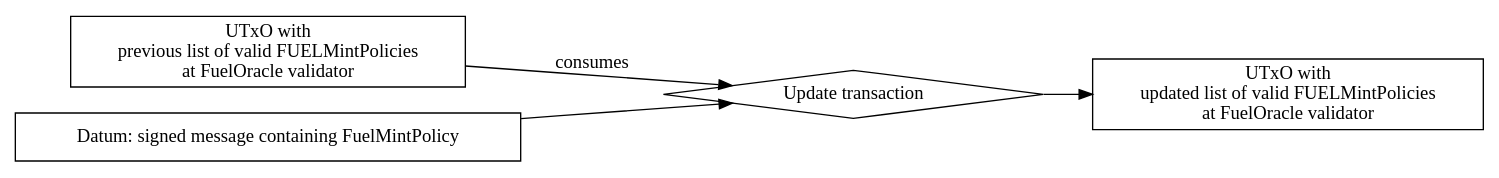
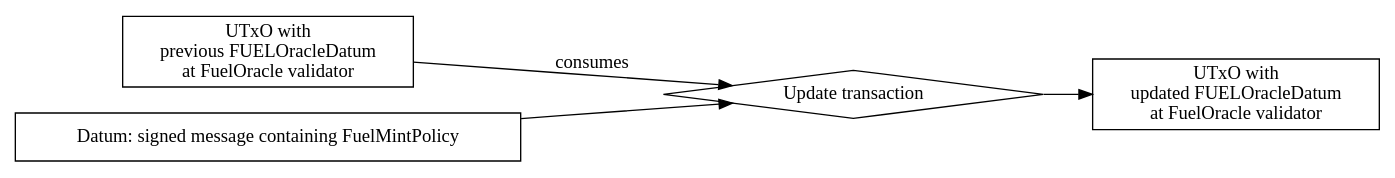
The diagram in docs/SIPs/01-UpdateStrategy/FUELProxyUpdate.dot (input-output-hk/partner-chains-smart-contracts), drawn with Graphviz before and after one commit. The commit also changed 1 other file, not shown here.

Commit message:
Updated diagrams.

```diff
--- a/docs/SIPs/01-UpdateStrategy/FUELProxyUpdate.dot
+++ b/docs/SIPs/01-UpdateStrategy/FUELProxyUpdate.dot
@@ -1,17 +1,17 @@
 strict digraph {
   node [shape=record]
   rankdir="LR"
 
-  fuelOracleOld [label = "UTxO with\nprevious list of valid FUELMintPolicies\nat FuelOracle validator"]
-  fuelOracleNew [label = "UTxO with\nupdated list of valid FUELMintPolicies\nat FuelOracle validator"]
+  fuelOracleOld [label = "UTxO with\nprevious FUELOracleDatum\nat FuelOracle validator"]
+  fuelOracleNew [label = "UTxO with\nupdated FUELOracleDatum\nat FuelOracle validator"]
 
   fuelMintPolicy [label =
     "Datum: signed message containing FuelMintPolicy"
   ]
 
   tx [shape = diamond, label = "Update transaction" ]
 
   fuelMintPolicy -> tx
   fuelOracleOld -> tx [label = consumes]
   tx -> fuelOracleNew
 }
```
